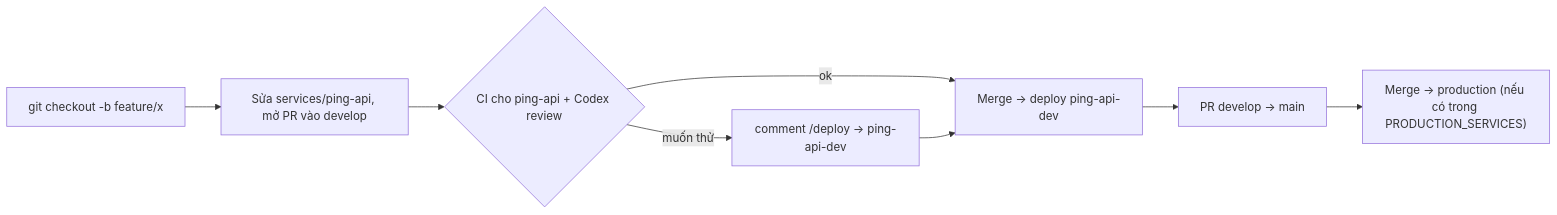
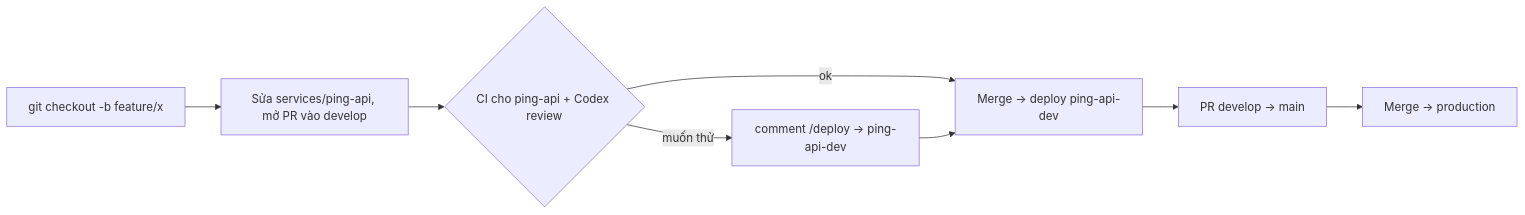
One commit to swe-squad/test-codex-env changed the third of 3 diagrams in docs/deploy-flow.md. Above: the diagram before and after it, drawn with Mermaid. The commit also changed other lines of this file and 5 other files, not shown here.

````diff
--- a/docs/deploy-flow.md
+++ b/docs/deploy-flow.md
@@ -240,10 +240,10 @@
 ```mermaid
 flowchart LR
     A[git checkout -b feature/x] --> B[Sửa services/ping-api, mở PR vào develop]
     B --> C{CI cho ping-api + Codex review}
     C -- muốn thử --> D["comment /deploy → ping-api-dev"]
     C -- ok --> E[Merge → deploy ping-api-dev]
     D --> E
     E --> F[PR develop → main]
-    F --> G["Merge → production (nếu có trong PRODUCTION_SERVICES)"]
+    F --> G["Merge → production"]
 ```
````
